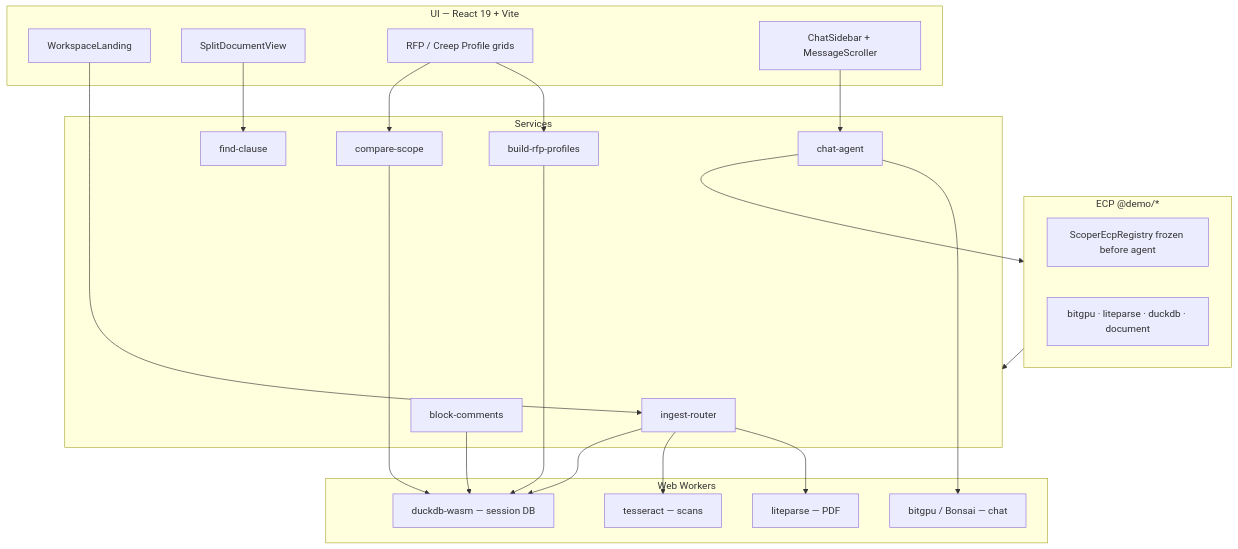
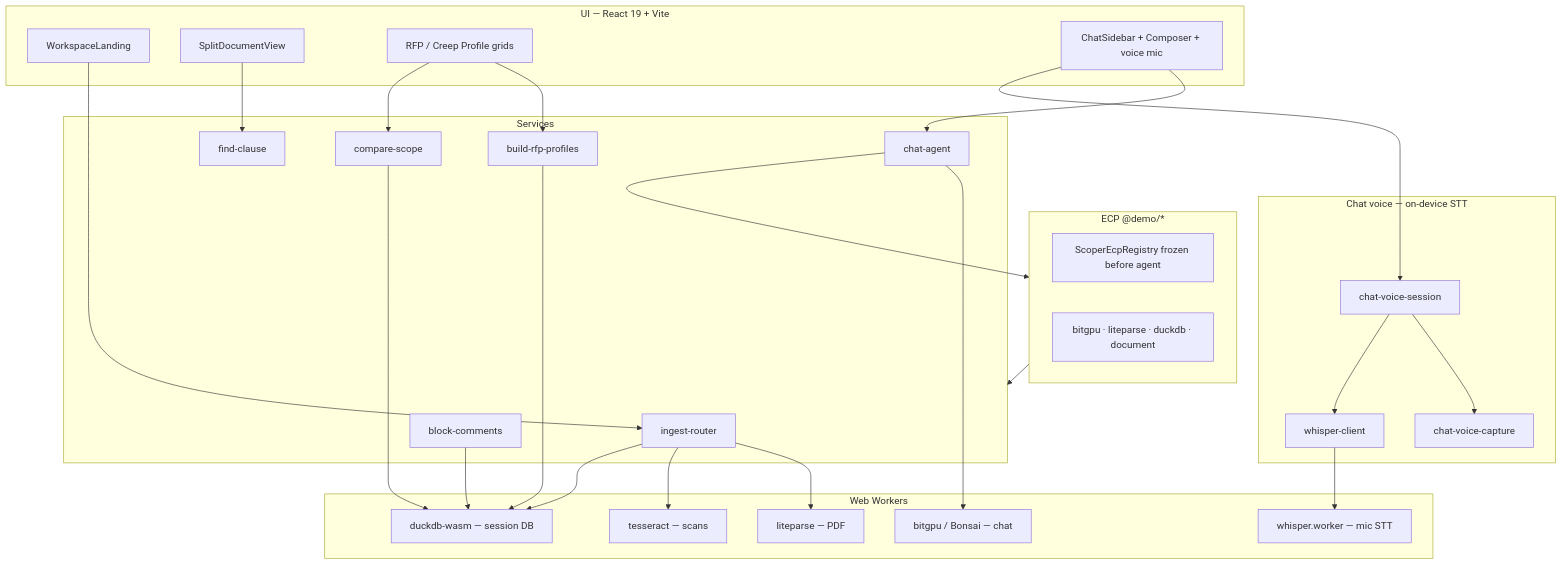
The diagram in docs/ARCHITECTURE.md (FreddyCi/scoper_page), drawn with Mermaid before and after one commit. The commit also changed other lines of this file and 1 other file, not shown here.

Commit message:
**BDA-194** is done. [`docs/ARCHITECTURE.md`](docs/ARCHITECTURE.md) now includes:
### Diagram
- **`whisper.worker`** in the workers subgraph (with liteparse, tesseract, duckdb, bitgpu).
- **Voice stack**: `chat-voice-capture` → `chat-voice-session` → `whisper-client` → worker, wired from chat/composer.

### Data flow
- New **§5 Voice input** — mic → local chunks → Whisper → **composer draft only** → explicit Send (no auto-send); lazy load and GPU handoff with Scoper noted.

### Privacy
- Under **Offline behavior**: microphone audio stays on-device; only edited **text** is sent on submit.

### Key modules
- Row for chat voice service paths and `whisper.worker.ts`.

### Related docs
- Link to [`TASK_BREAKDOWN_CHAT_VOICE.md`](docs/TASK_BREAKDOWN_CHAT_VOICE.md).

Task breakdown updated to **Done**.

````diff
--- a/docs/ARCHITECTURE.md
+++ b/docs/ARCHITECTURE.md
@@ -7,45 +7,56 @@
 ```mermaid
 flowchart TB
   subgraph ui [UI — React 19 + Vite]
     Landing[WorkspaceLanding]
     Split[SplitDocumentView]
     Profiles[RFP / Creep Profile grids]
-    Chat[ChatSidebar + MessageScroller]
+    Chat[ChatSidebar + Composer + voice mic]
+  end
+
+  subgraph voice [Chat voice — on-device STT]
+    Capture[chat-voice-capture]
+    VoiceSession[chat-voice-session]
+    WhisperClient[whisper-client]
   end
 
   subgraph services [Services]
     Ingest[ingest-router]
     RFP[build-rfp-profiles]
     Creep[compare-scope]
     Find[find-clause]
     Agent[chat-agent]
     Comments[block-comments]
   end
 
   subgraph workers [Web Workers]
     LP[liteparse — PDF]
     OCR[tesseract — scans]
     DB[duckdb-wasm — session DB]
     GPU[bitgpu / Bonsai — chat]
+    WH[whisper.worker — mic STT]
   end
 
   subgraph ecp [ECP @demo/*]
     Reg[ScoperEcpRegistry frozen before agent]
     Ext[bitgpu · liteparse · duckdb · document]
   end
 
   Landing --> Ingest
   Profiles --> RFP
   Profiles --> Creep
   Chat --> Agent
+  Chat --> VoiceSession
+  VoiceSession --> Capture
+  VoiceSession --> WhisperClient
+  WhisperClient --> WH
   Split --> Find
   Agent --> ecp
   Ingest --> LP
   Ingest --> OCR
   Ingest --> DB
   RFP --> DB
   Creep --> DB
   Comments --> DB
   Agent --> GPU
   ecp --> services
 ```
````
